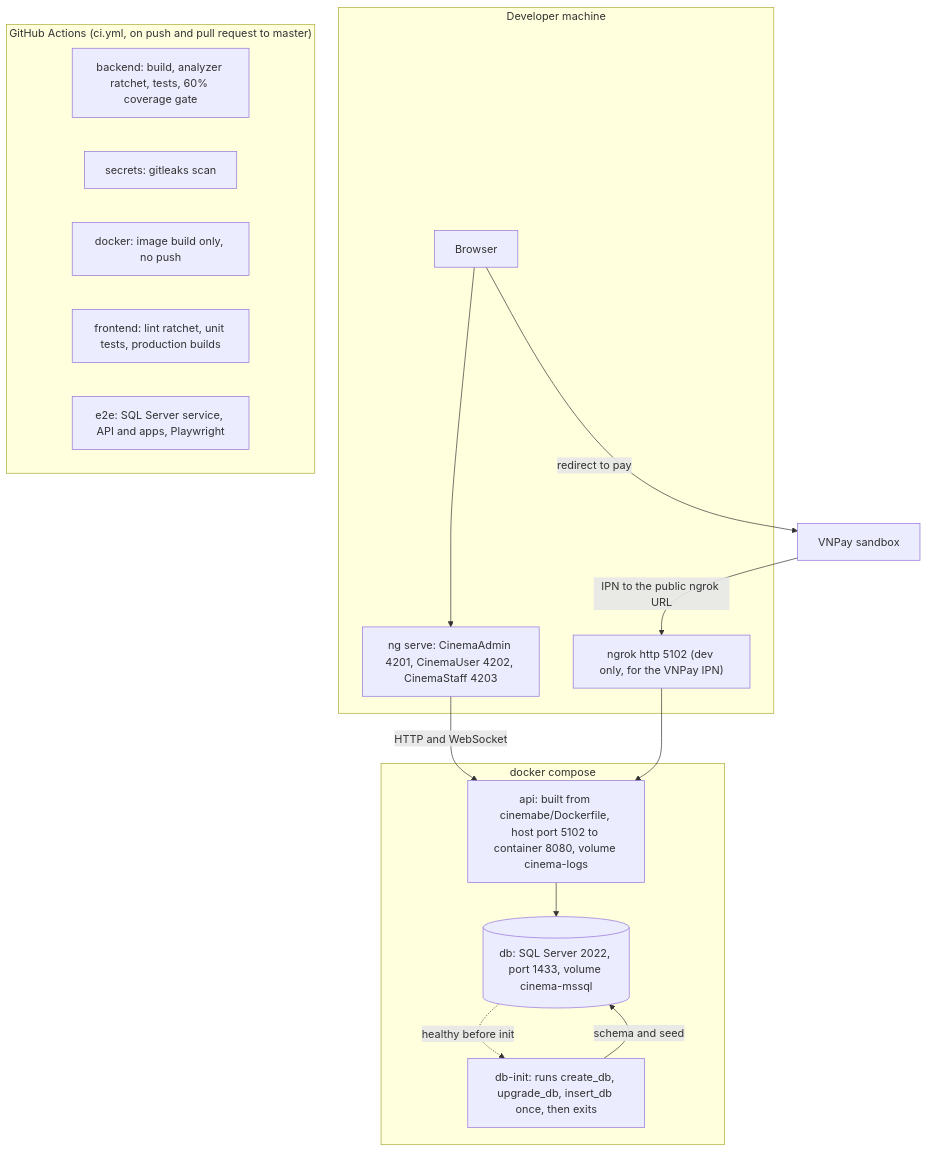
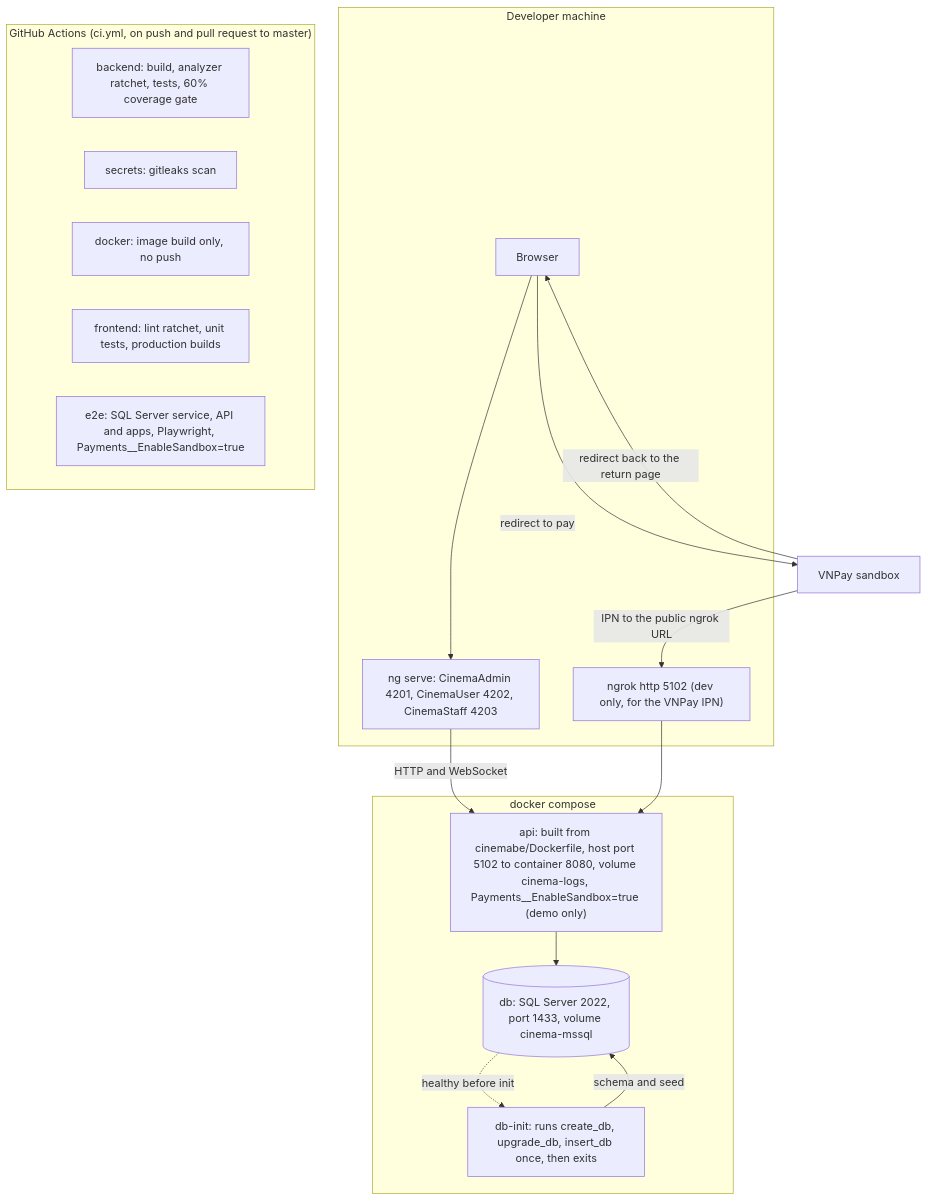
The fourth of 4 diagrams in docs/03-technical/diagrams.md (PhamVietTuong/cinema), drawn with Mermaid before and after one commit. The commit also changed other lines of this file and 13 other files, not shown here.

Commit message:
docs: address review of group E (gap tag, corrected sources, diagrams, BMAD disclosure, ADR alternatives)

````diff
--- a/docs/03-technical/diagrams.md
+++ b/docs/03-technical/diagrams.md
@@ -200,33 +204,34 @@
 ```mermaid
 flowchart TB
     subgraph Dev["Developer machine"]
         Browser["Browser"]
         Ng["ng serve: CinemaAdmin 4201, CinemaUser 4202, CinemaStaff 4203"]
         Ngrok["ngrok http 5102 (dev only, for the VNPay IPN)"]
     end
 
     subgraph Compose["docker compose"]
         Init["db-init: runs create_db, upgrade_db, insert_db once, then exits"]
         Db[("db: SQL Server 2022, port 1433, volume cinema-mssql")]
-        Api["api: built from cinemabe/Dockerfile, host port 5102 to container 8080, volume cinema-logs"]
+        Api["api: built from cinemabe/Dockerfile, host port 5102 to container 8080, volume cinema-logs, Payments__EnableSandbox=true (demo only)"]
     end
 
     subgraph GH["GitHub Actions (ci.yml, on push and pull request to master)"]
         J1["backend: build, analyzer ratchet, tests, 60% coverage gate"]
         J2["secrets: gitleaks scan"]
         J3["docker: image build only, no push"]
         J4["frontend: lint ratchet, unit tests, production builds"]
-        J5["e2e: SQL Server service, API and apps, Playwright"]
+        J5["e2e: SQL Server service, API and apps, Playwright, Payments__EnableSandbox=true"]
     end
 
     VNPaySandbox["VNPay sandbox"]
 
     Browser --> Ng
     Ng -->|HTTP and WebSocket| Api
     Init -->|schema and seed| Db
     Db -.->|healthy before init| Init
     Api --> Db
     VNPaySandbox -->|IPN to the public ngrok URL| Ngrok
     Ngrok --> Api
     Browser -->|redirect to pay| VNPaySandbox
+    VNPaySandbox -->|redirect back to the return page| Browser
 ```
````
